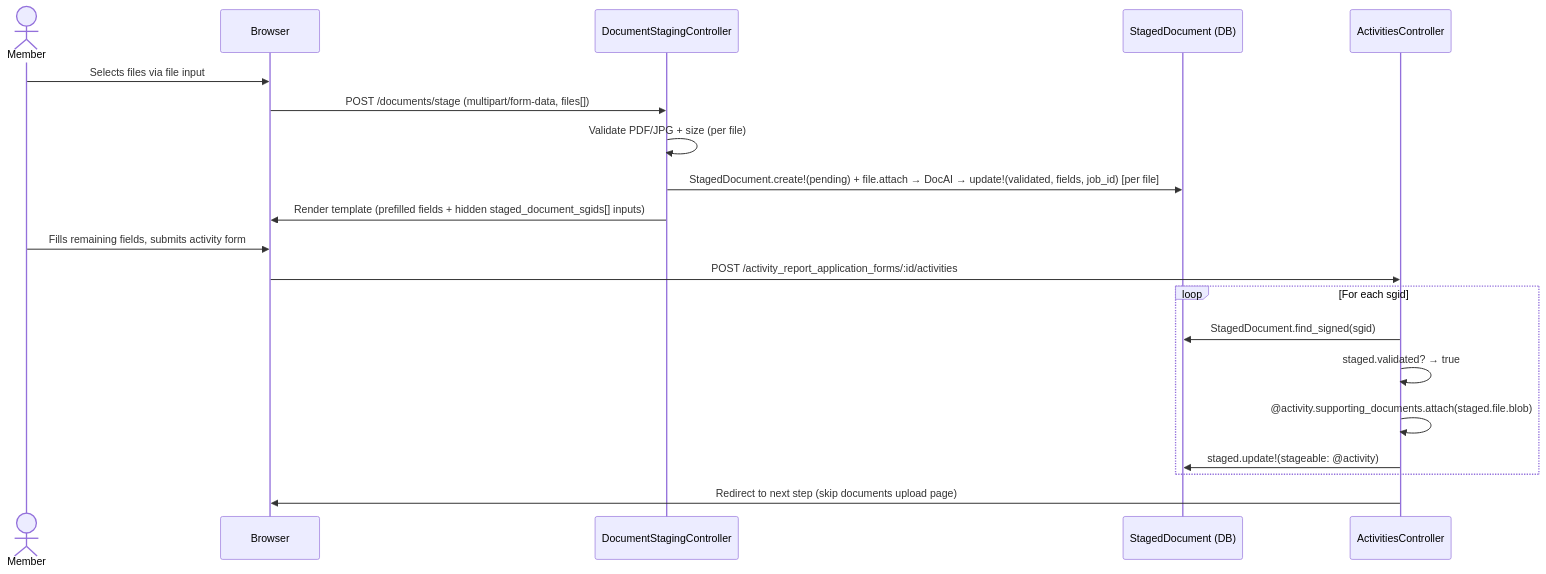
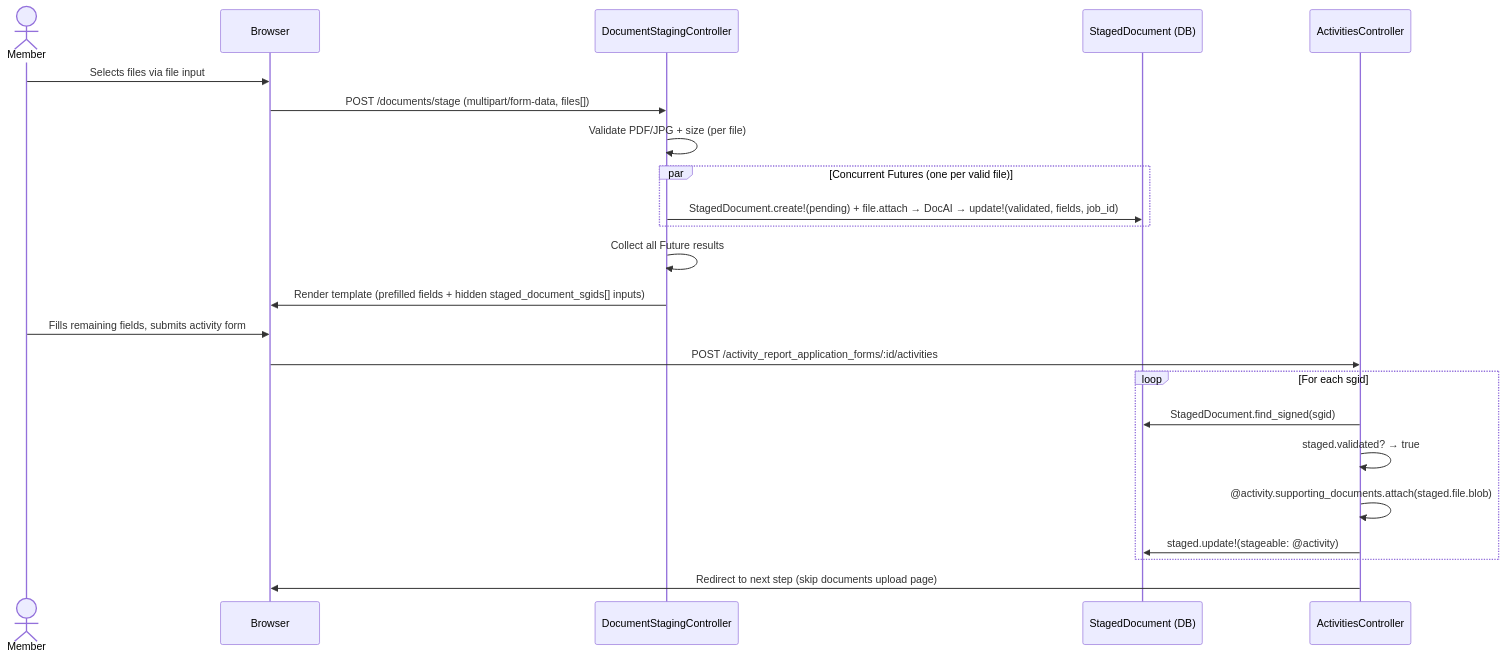
The third of 7 diagrams in docs/architecture/doc-ai-integration/doc-ai-api.md (navapbc/oscer), drawn with Mermaid before and after one commit. The commit also changed other lines of this file, not shown here.

Commit message:
Update to handle multiple file uploads with futures

````diff
--- a/docs/architecture/doc-ai-integration/doc-ai-api.md
+++ b/docs/architecture/doc-ai-integration/doc-ai-api.md
@@ -136,24 +137,27 @@
 ```mermaid
 sequenceDiagram
     actor Member
     participant Browser
     participant Staging as DocumentStagingController
     participant DB as StagedDocument (DB)
     participant Activities as ActivitiesController
 
     Member->>Browser: Selects files via file input
     Browser->>Staging: POST /documents/stage (multipart/form-data, files[])
     Staging->>Staging: Validate PDF/JPG + size (per file)
-    Staging->>DB: StagedDocument.create!(pending) + file.attach → DocAI → update!(validated, fields, job_id) [per file]
+    par Concurrent Futures (one per valid file)
+        Staging->>DB: StagedDocument.create!(pending) + file.attach → DocAI → update!(validated, fields, job_id)
+    end
+    Staging->>Staging: Collect all Future results
     Staging->>Browser: Render template (prefilled fields + hidden staged_document_sgids[] inputs)
 
     Member->>Browser: Fills remaining fields, submits activity form
     Browser->>Activities: POST /activity_report_application_forms/:id/activities
     loop For each sgid
         Activities->>DB: StagedDocument.find_signed(sgid)
         Activities->>Activities: staged.validated? → true
         Activities->>Activities: @activity.supporting_documents.attach(staged.file.blob)
         Activities->>DB: staged.update!(stageable: @activity)
     end
     Activities->>Browser: Redirect to next step (skip documents upload page)
 ```
````
